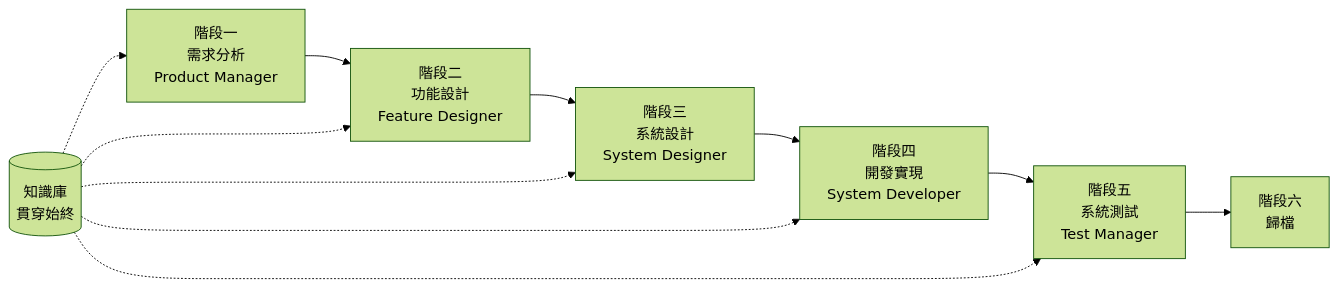
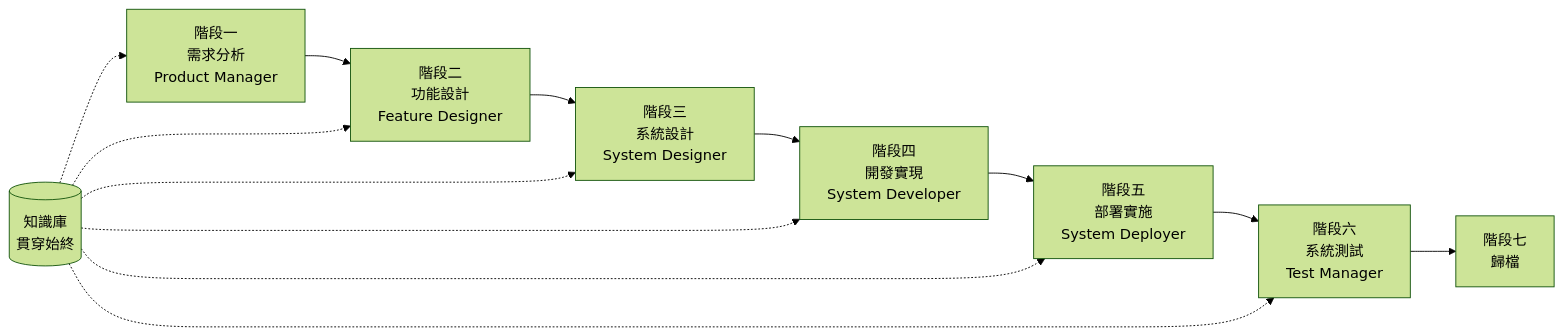
The diagram in docs/GETTING-STARTED.zh-TW.md (charlesmu99/speccrew), drawn with Mermaid (forest theme) before and after one commit. The commit also changed other lines of this file and 35 other files, not shown here.

````diff
--- a/docs/GETTING-STARTED.zh-TW.md
+++ b/docs/GETTING-STARTED.zh-TW.md
@@ -144,14 +144,16 @@
 ```mermaid
 flowchart LR
     PRD[階段一<br/>需求分析<br/>Product Manager] --> FD[階段二<br/>功能設計<br/>Feature Designer]
     FD --> SD[階段三<br/>系統設計<br/>System Designer]
     SD --> DEV[階段四<br/>開發實現<br/>System Developer]
-    DEV --> TEST[階段五<br/>系統測試<br/>Test Manager]
-    TEST --> ARCHIVE[階段六<br/>歸檔]
+    DEV --> DEPLOY[階段五<br/>部署實施<br/>System Deployer]
+    DEPLOY --> TEST[階段六<br/>系統測試<br/>Test Manager]
+    TEST --> ARCHIVE[階段七<br/>歸檔]
     
     KB[(知識庫<br/>貫穿始終)] -.-> PRD
     KB -.-> FD
     KB -.-> SD
     KB -.-> DEV
+    KB -.-> DEPLOY
     KB -.-> TEST
 ```
````
